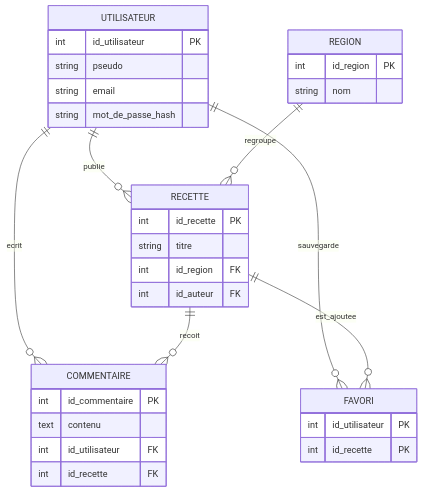
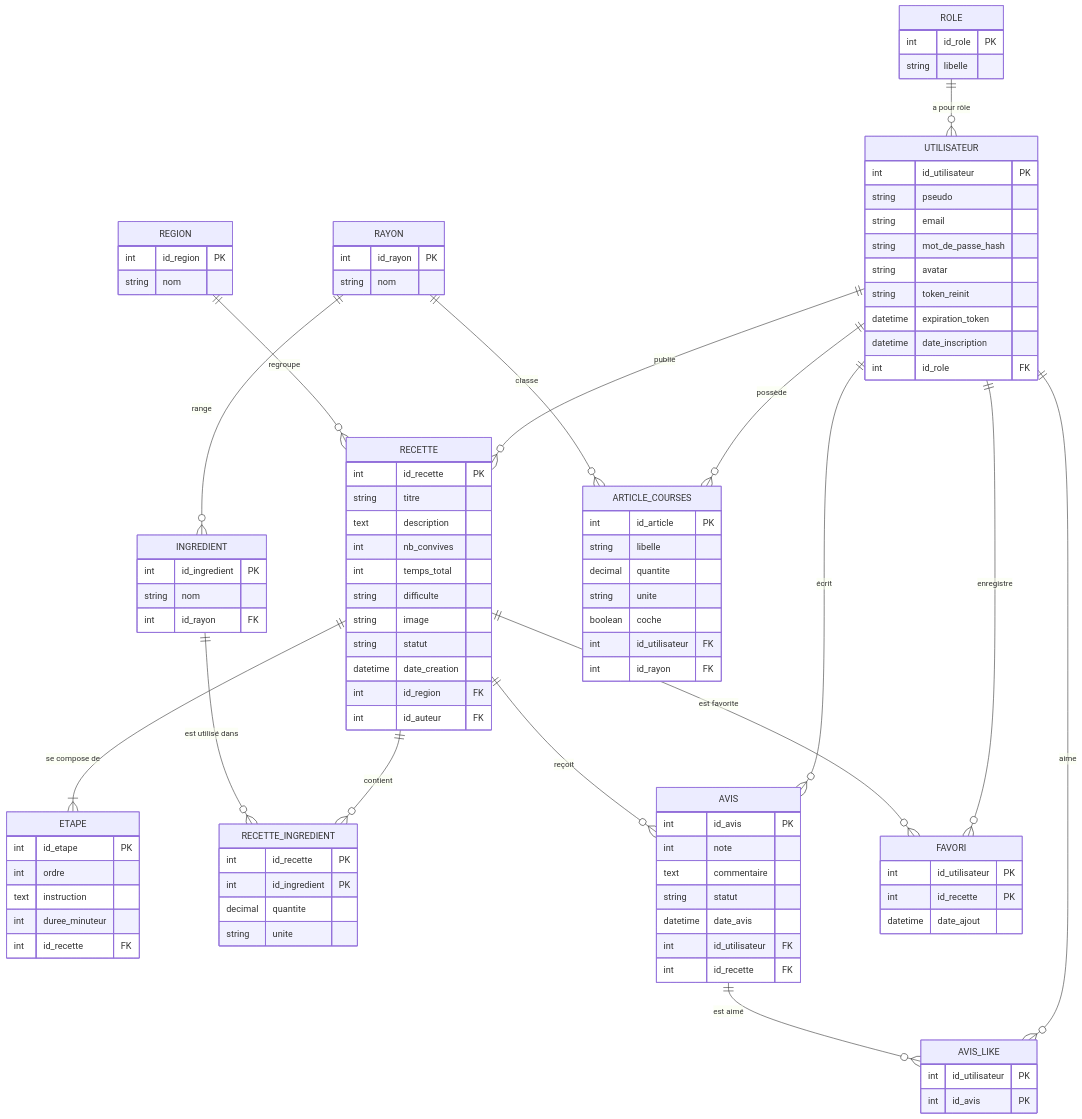
One commit to Raclettedivine/SAE301 changed the diagram in README.md. Above: the diagram before and after it, drawn with Mermaid. The commit also changed other lines of this file, not shown here.

Commit message:
Amélioration du schéma de la base de données (MCD)
Ajout du schéma de la base de données :
- MCD Mocodo (recettes.mcd)
- Schéma Mermaid (schema.md)
- Script SQL de création et données de test (recettes.sql)

````diff
--- a/README.md
+++ b/README.md
@@ -1,16 +3,35 @@
 ```mermaid
 erDiagram
-  UTILISATEUR ||--o{ RECETTE : publie
-  UTILISATEUR ||--o{ COMMENTAIRE : ecrit
-  UTILISATEUR ||--o{ FAVORI : sauvegarde
-  REGION ||--o{ RECETTE : regroupe
-  RECETTE ||--o{ COMMENTAIRE : recoit
-  RECETTE ||--o{ FAVORI : est_ajoutee
+  ROLE ||--o{ UTILISATEUR : "a pour rôle"
+  UTILISATEUR ||--o{ RECETTE : "publie"
+  REGION ||--o{ RECETTE : "regroupe"
+  RECETTE ||--|{ ETAPE : "se compose de"
+  RECETTE ||--o{ RECETTE_INGREDIENT : "contient"
+  INGREDIENT ||--o{ RECETTE_INGREDIENT : "est utilisé dans"
+  RAYON ||--o{ INGREDIENT : "range"
+  UTILISATEUR ||--o{ AVIS : "écrit"
+  RECETTE ||--o{ AVIS : "reçoit"
+  UTILISATEUR ||--o{ FAVORI : "enregistre"
+  RECETTE ||--o{ FAVORI : "est favorite"
+  UTILISATEUR ||--o{ AVIS_LIKE : "aime"
+  AVIS ||--o{ AVIS_LIKE : "est aimé"
+  UTILISATEUR ||--o{ ARTICLE_COURSES : "possède"
+  RAYON ||--o{ ARTICLE_COURSES : "classe"
+
+  ROLE {
+    int id_role PK
+    string libelle
+  }
   UTILISATEUR {
     int id_utilisateur PK
     string pseudo
     string email
     string mot_de_passe_hash
+    string avatar
+    string token_reinit
+    datetime expiration_token
+    datetime date_inscription
+    int id_role FK
   }
   REGION {
     int id_region PK
@@ -19,17 +40,63 @@
   RECETTE {
     int id_recette PK
     string titre
+    text description
+    int nb_convives
+    int temps_total
+    string difficulte
+    string image
+    string statut
+    datetime date_creation
     int id_region FK
     int id_auteur FK
   }
-  COMMENTAIRE {
-    int id_commentaire PK
-    text contenu
+  ETAPE {
+    int id_etape PK
+    int ordre
+    text instruction
+    int duree_minuteur
+    int id_recette FK
+  }
+  RAYON {
+    int id_rayon PK
+    string nom
+  }
+  INGREDIENT {
+    int id_ingredient PK
+    string nom
+    int id_rayon FK
+  }
+  RECETTE_INGREDIENT {
+    int id_recette PK
+    int id_ingredient PK
+    decimal quantite
+    string unite
+  }
+  AVIS {
+    int id_avis PK
+    int note
+    text commentaire
+    string statut
+    datetime date_avis
     int id_utilisateur FK
     int id_recette FK
+  }
+  AVIS_LIKE {
+    int id_utilisateur PK
+    int id_avis PK
   }
   FAVORI {
     int id_utilisateur PK
     int id_recette PK
+    datetime date_ajout
+  }
+  ARTICLE_COURSES {
+    int id_article PK
+    string libelle
+    decimal quantite
+    string unite
+    boolean coche
+    int id_utilisateur FK
+    int id_rayon FK
   }
 ```
````
